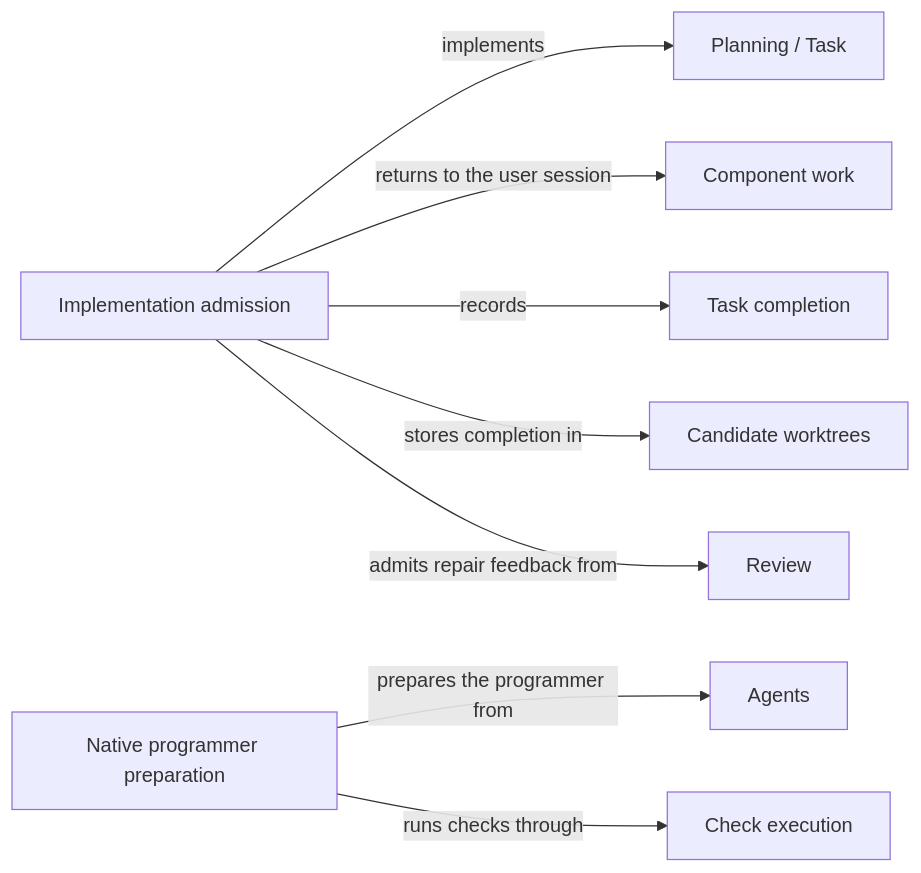
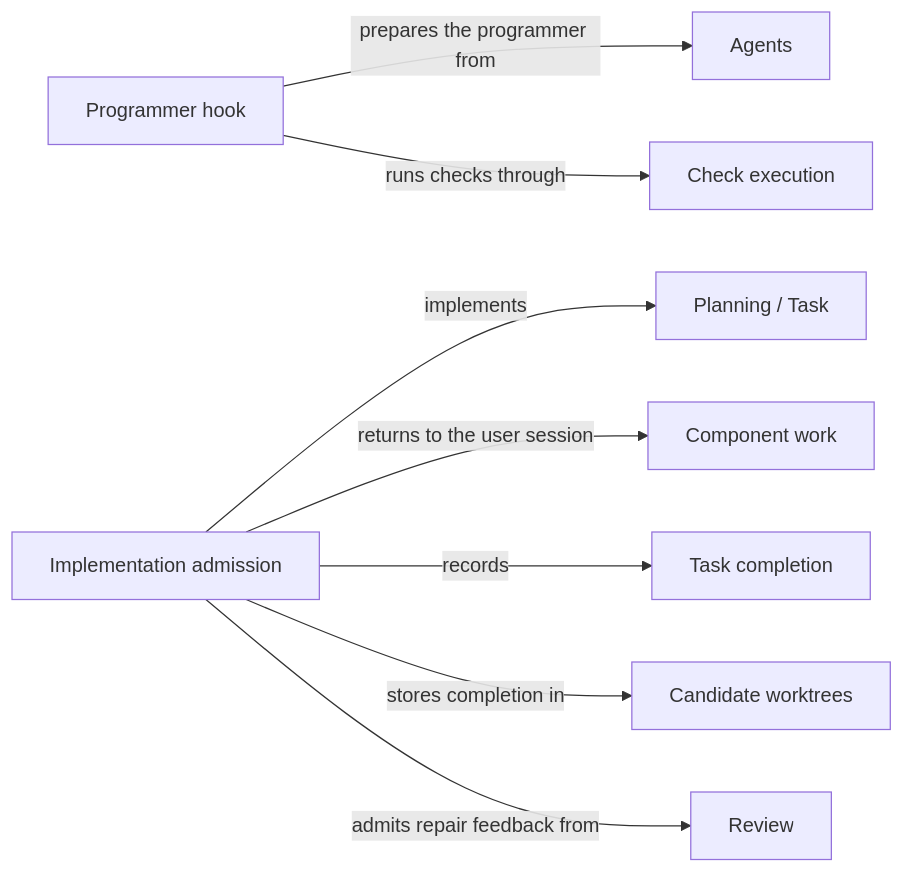
One commit to FTOD/concorde changed the diagram in specs/concorde/implementation/module.md. Above: the diagram before and after it, drawn with Mermaid. The commit also changed other lines of this file and 213 other files, not shown here.

First line of the commit message:
Rewrite Concorde's Specs for the layered architecture

````diff
--- a/specs/concorde/implementation/module.md
+++ b/specs/concorde/implementation/module.md
@@ -142,21 +170,21 @@
 ```mermaid
 flowchart LR
     accTitle: Implementation and its providers
-    accDescr: Implementation admits tasks from Planning, prepares the programmer, runs checks through Check execution and records completion in the candidate.
+    accDescr: The hook prepares the programmer and runs checks through Check execution; the admission code implements Planning's tasks, returns component work and records completion in the candidate.
+    hook[Programmer hook]
     admission[Implementation admission]
-    native[Native programmer preparation]
     completion[Task completion]
     component[Component work]
     task[Planning / Task]
     agents[Agents]
     checks[Check execution]
     worktrees[Candidate worktrees]
     review[Review]
     admission -->|implements| task
     admission -->|returns to the user session| component
     admission -->|records| completion
     admission -->|stores completion in| worktrees
     admission -->|admits repair feedback from| review
-    native -->|prepares the programmer from| agents
-    native -->|runs checks through| checks
+    hook -->|prepares the programmer from| agents
+    hook -->|runs checks through| checks
 ```
````
